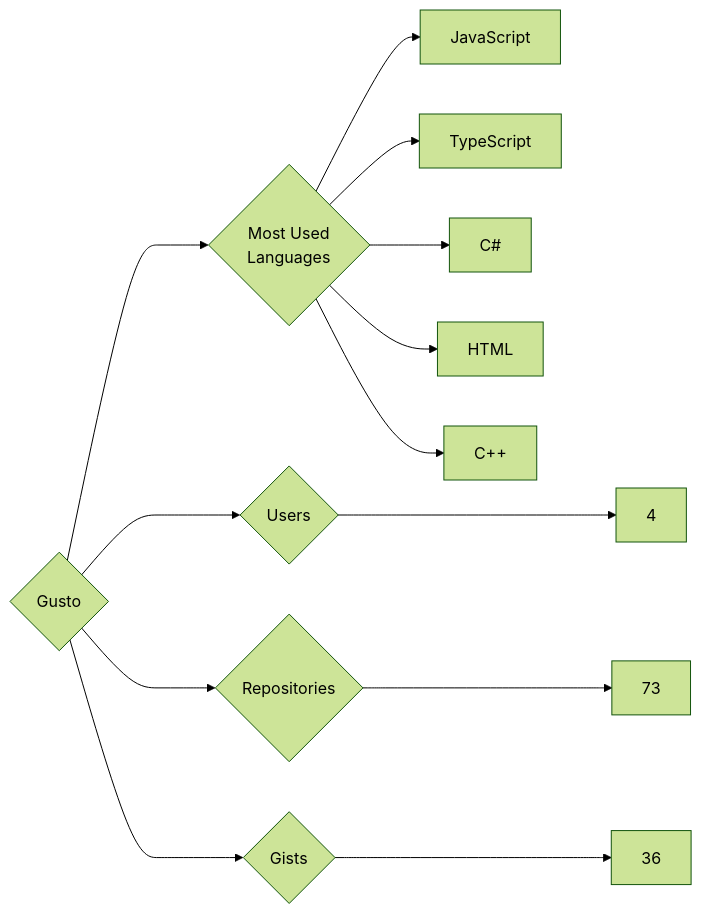
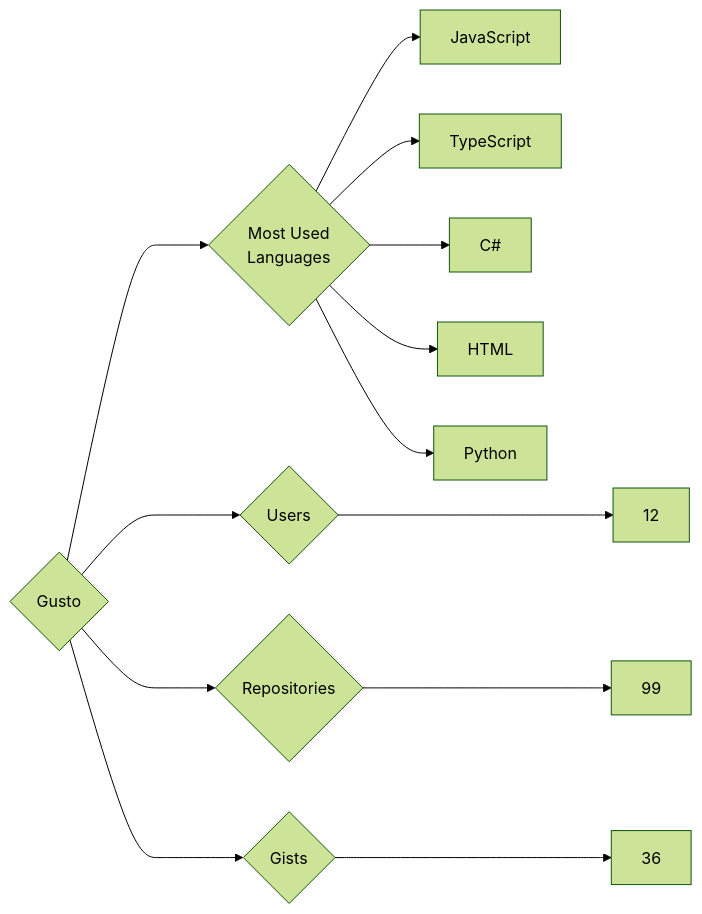
Before and after one commit to trickest/insiders: the diagram in targets/Gusto/README.md, drawn with Mermaid (forest theme). The commit also changed 775 other files, not shown here.

````diff
--- a/targets/Gusto/README.md
+++ b/targets/Gusto/README.md
@@ -3,13 +3,13 @@
 ```mermaid
 graph LR
 COMPANY_NAME{Gusto}
-COMPANY_NAME ---> U{Users} ---> UN[4]
-COMPANY_NAME ---> R{Repositories} ---> RN[73]
+COMPANY_NAME ---> U{Users} ---> UN[12]
+COMPANY_NAME ---> R{Repositories} ---> RN[99]
 COMPANY_NAME ---> G{Gists} ---> GN[36]
 COMPANY_NAME ---> ML{Most Used<br>Languages}
 ML --> JavaScript[JavaScript]
 ML --> TypeScript[TypeScript]
 ML --> C#[C#]
 ML --> HTML[HTML]
-ML --> C++[C++]
+ML --> Python[Python]
 ```
````
